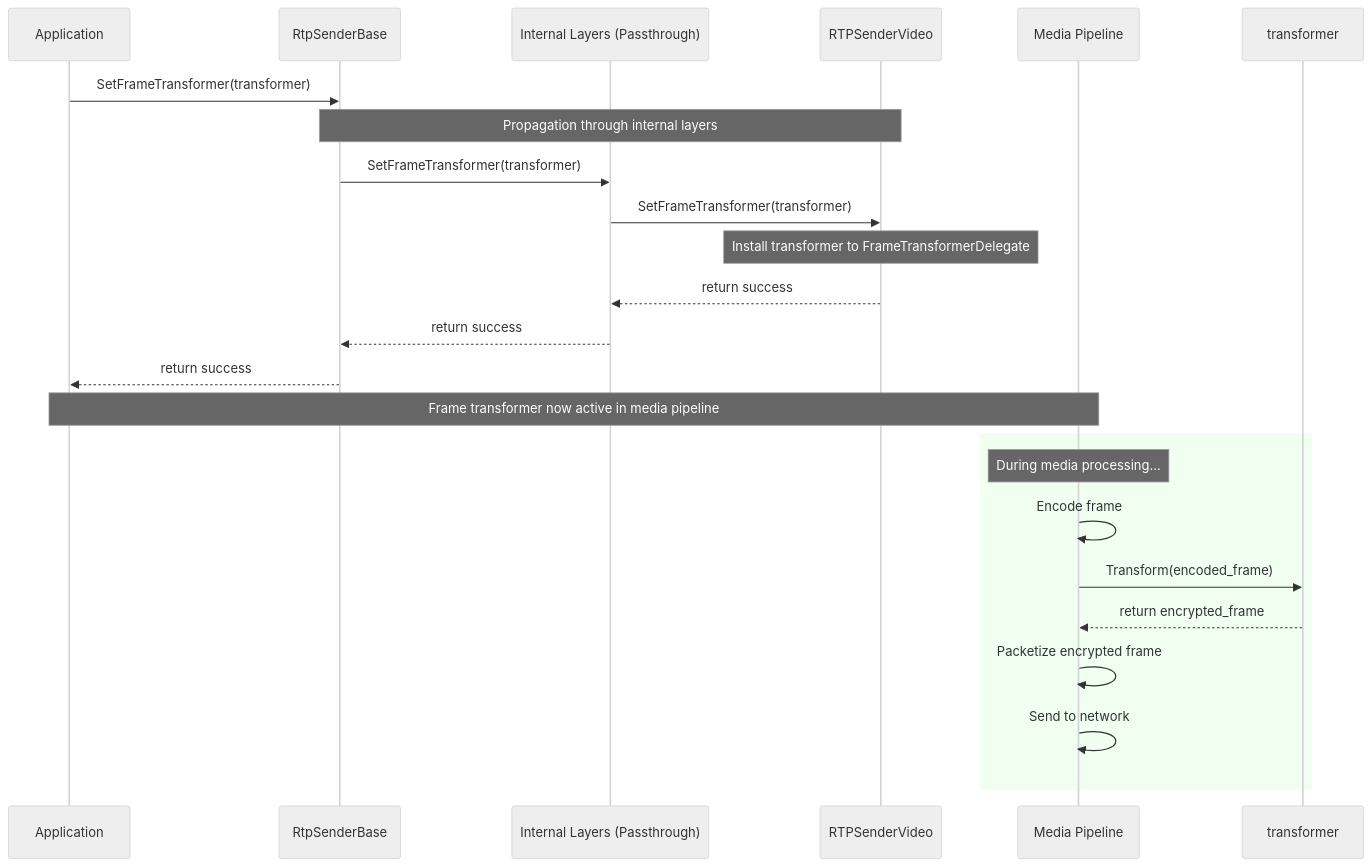
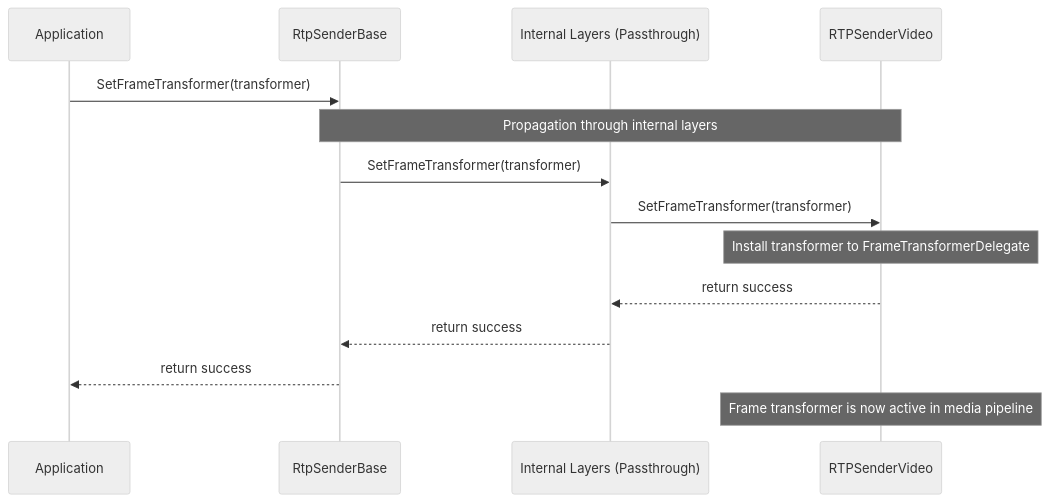
Before and after one commit to webex/webrtc-sframe: diagram 14 of 15 in README.md, drawn with Mermaid (neutral theme). The commit also changed other lines of this file, not shown here.

````diff
--- a/README.md
+++ b/README.md
@@ -588,32 +588,22 @@
 ```mermaid
 sequenceDiagram
     participant App as Application
     participant Sender as RtpSenderBase
     participant Passthrough as Internal Layers (Passthrough)
     participant VideoSender as RTPSenderVideo
-    participant Pipeline as Media Pipeline
 
     App->>Sender: SetFrameTransformer(transformer)
     
     Note over Sender,VideoSender: Propagation through internal layers
     
     Sender->>Passthrough: SetFrameTransformer(transformer)
     Passthrough->>VideoSender: SetFrameTransformer(transformer)
     
     Note over VideoSender: Install transformer to FrameTransformerDelegate
 
     VideoSender-->>Passthrough: return success
     Passthrough-->>Sender: return success
     Sender-->>App: return success
     
-    Note over App,Pipeline: Frame transformer now active in media pipeline
-    
-    rect rgb(240, 255, 240)
-        Note over Pipeline: During media processing...
-        Pipeline->>Pipeline: Encode frame
-        Pipeline->>transformer: Transform(encoded_frame)
-        transformer-->>Pipeline: return encrypted_frame
-        Pipeline->>Pipeline: Packetize encrypted frame
-        Pipeline->>Pipeline: Send to network
-    end
+    Note over VideoSender : Frame transformer is now active in media pipeline
 ```
````
